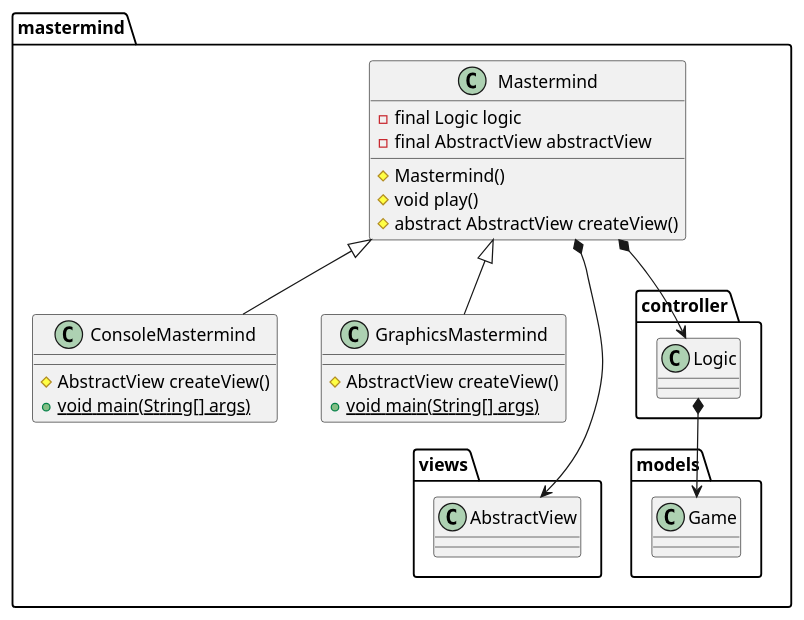
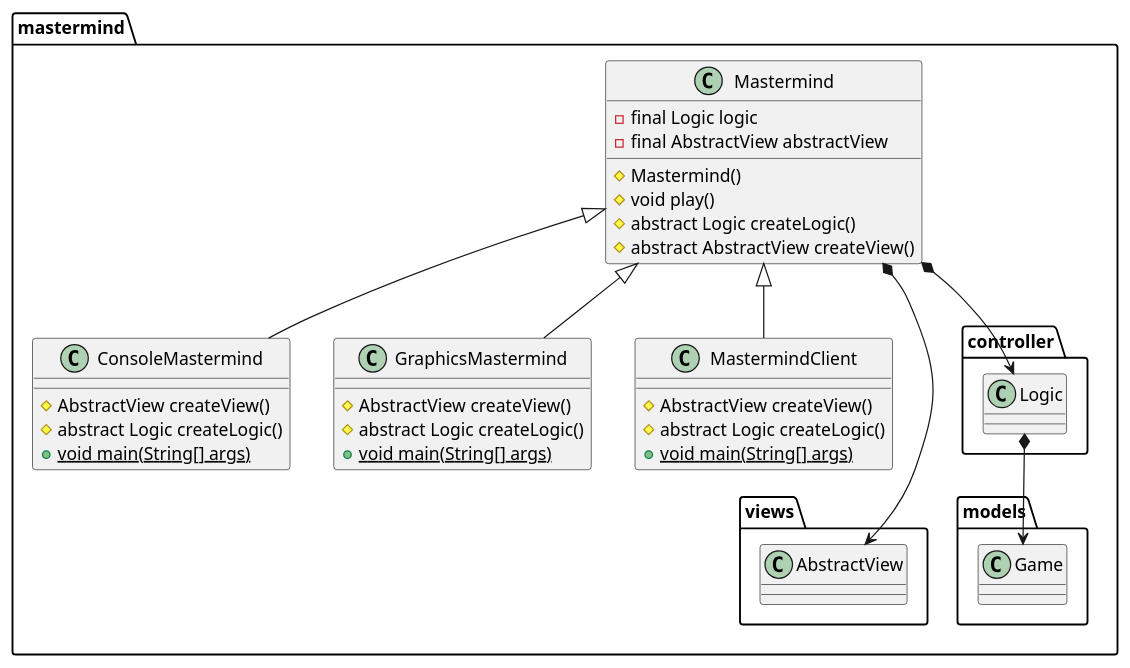
Before and after one commit to TheMercuryBeat/MasterMind: the diagram in docs/uml/PackageMasterMind.puml, drawn with PlantUML. The commit also changed 15 other files, not shown here.

Commit message:
[uml] Update uml diagrams

```diff
--- a/docs/uml/PackageMasterMind.puml
+++ b/docs/uml/PackageMasterMind.puml
@@ -1,25 +1,34 @@
 @startuml
 
     class mastermind.Mastermind{
         - final Logic logic
         - final AbstractView abstractView
         # Mastermind()
         # void play()
+        # abstract Logic createLogic()
         # abstract AbstractView createView()
     }
 
     class mastermind.ConsoleMastermind extends mastermind.Mastermind{
         # AbstractView createView()
+        # abstract Logic createLogic()
         + {static} void main(String[] args)
     }
 
     class mastermind.GraphicsMastermind extends mastermind.Mastermind{
         # AbstractView createView()
+        # abstract Logic createLogic()
         + {static} void main(String[] args)
     }
+
+     class mastermind.MastermindClient extends mastermind.Mastermind{
+            # AbstractView createView()
+            # abstract Logic createLogic()
+            + {static} void main(String[] args)
+        }
 
     mastermind.Mastermind *---> mastermind.views.AbstractView
     mastermind.Mastermind *--> mastermind.controller.Logic
     mastermind.controller.Logic *--> mastermind.models.Game
 
 @enduml
```
